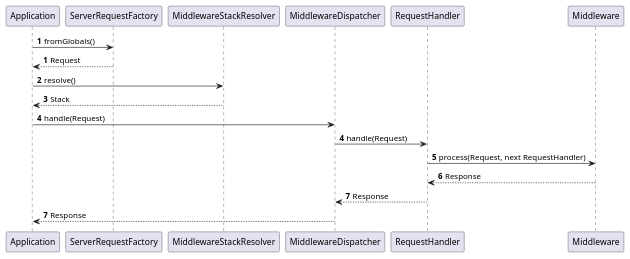
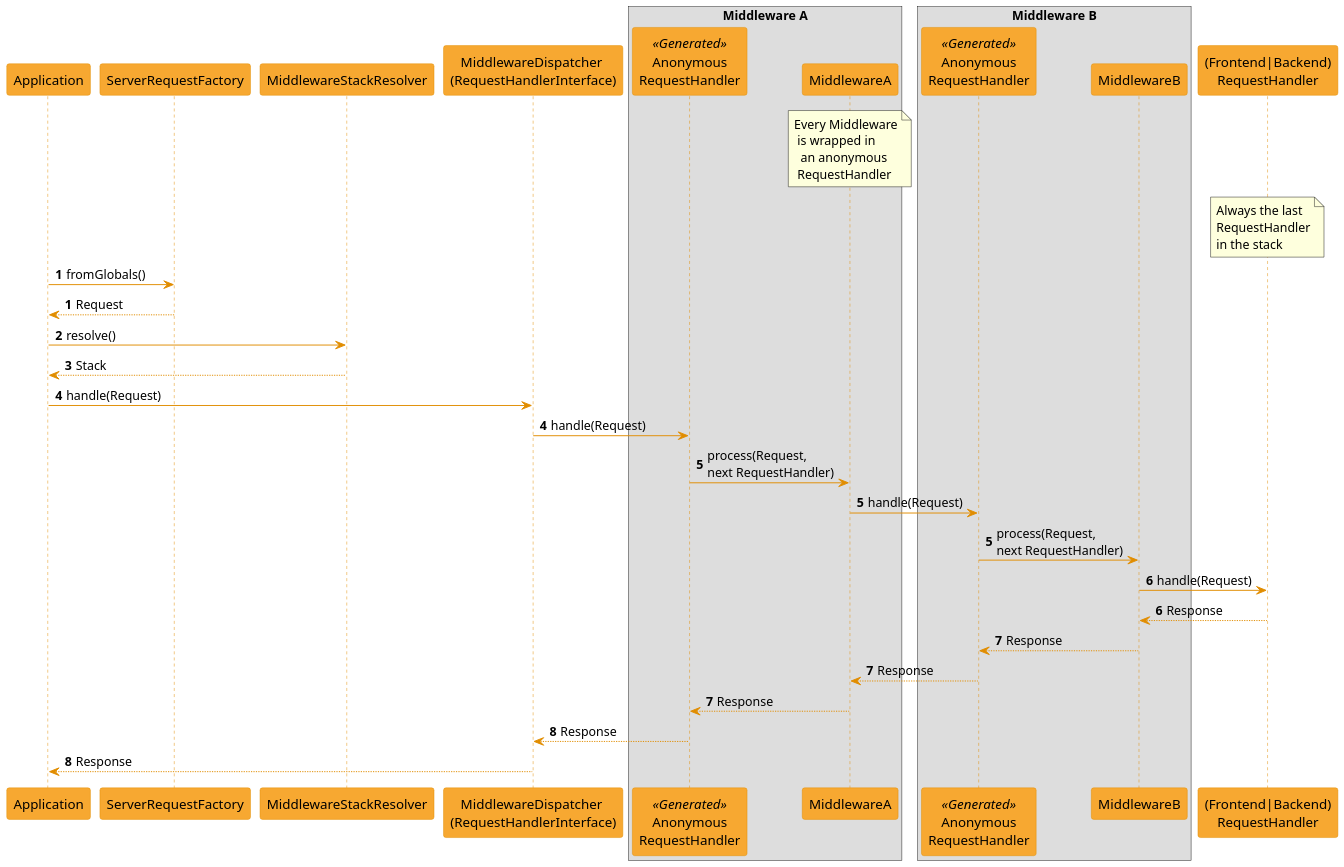
The diagram in Documentation/Images/Plantuml/RequestHandling/flow-of-middleware-execution.plantuml (TYPO3-Documentation/TYPO3CMS-Reference-CoreApi), drawn with PlantUML before and after one commit. The commit also changed 2 other files, not shown here.

Commit message:
Improve middleware documentation
- extend the diagram
- clarify order of execution

```diff
--- a/Documentation/Images/Plantuml/RequestHandling/flow-of-middleware-execution.plantuml
+++ b/Documentation/Images/Plantuml/RequestHandling/flow-of-middleware-execution.plantuml
@@ -1,28 +1,94 @@
 @startuml
+
+skinparam dpi 150
+hide empty members
+
+skinparam sequence {
+    ArrowColor  #e18d00
+    DividerBackgroundColor  #f7a831
+    GroupBackgroundColor    #f7a831
+    LifeLineBackgroundColor white
+    LifeLineBorderColor #e18d00
+    ParticipantBackgroundColor  #f7a831
+    ParticipantBorderColor  #e18d00
+    BoxLineColor    #e18d00
+    BoxBackgroundColor  #DDDDDD
+}
+
+participant Application
+participant ServerRequestFactory
+participant MiddlewareStackResolver
+
+participant "MiddlewareDispatcher \n(RequestHandlerInterface)" as MiddlewareDispatcher
+
+box "Middleware A"
+participant "Anonymous\nRequestHandler" as RequestHandlerA << Generated >>
+participant "MiddlewareA" as Middleware
+end box
+
+box "Middleware B"
+participant "Anonymous\nRequestHandler" as RequestHandlerB << Generated >>
+participant "MiddlewareB" as MiddlewareB
+end box
+
+participant "(Frontend|Backend)\nRequestHandler" as RequestHandler
+
+note over Middleware
+Every Middleware
+ is wrapped in
+  an anonymous
+ RequestHandler
+end note
+
+note over RequestHandler
+Always the last
+RequestHandler
+in the stack
+end note
+
+
 
 autonumber 1
 Application -> ServerRequestFactory: fromGlobals()
 autonumber 1
 Application <-- ServerRequestFactory: Request
 
 autonumber 2
 Application -> MiddlewareStackResolver: resolve()
 autonumber 3
 Application <-- MiddlewareStackResolver: Stack
 
 autonumber 4
 Application -> MiddlewareDispatcher: handle(Request)
 autonumber 4
-MiddlewareDispatcher -> RequestHandler: handle(Request)
+MiddlewareDispatcher -> RequestHandlerA: handle(Request)
 
 autonumber 5
-RequestHandler -> Middleware: process(Request, next RequestHandler)
+RequestHandlerA -> Middleware: process(Request, \nnext RequestHandler)
+autonumber 5
+Middleware -> RequestHandlerB : handle(Request)
+autonumber 5
+RequestHandlerB -> MiddlewareB: process(Request, \nnext RequestHandler)
+
 autonumber 6
-Middleware --> RequestHandler: Response
+MiddlewareB -> RequestHandler : handle(Request)
+autonumber 6
+RequestHandler --> MiddlewareB: Response
+
 
 autonumber 7
-RequestHandler --> MiddlewareDispatcher: Response
+MiddlewareB --> RequestHandlerB: Response
+
 autonumber 7
+RequestHandlerB --> Middleware: Response
+
+
+autonumber 7
+Middleware --> RequestHandlerA: Response
+
+autonumber 8
+RequestHandlerA --> MiddlewareDispatcher: Response
+autonumber 8
 MiddlewareDispatcher --> Application: Response
 
 @enduml
```
